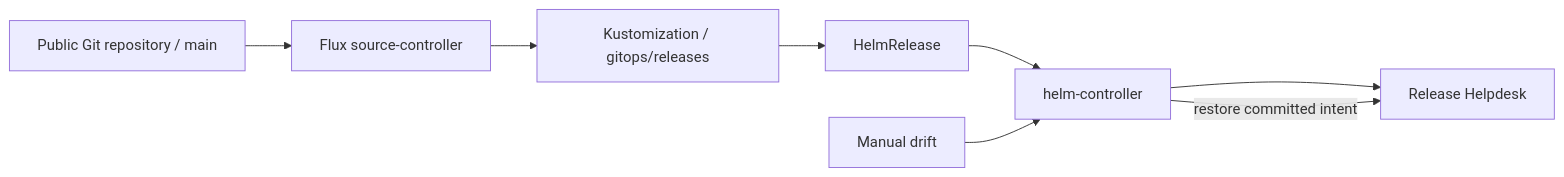
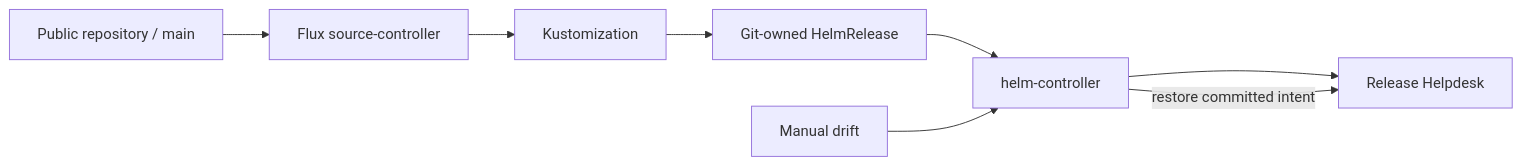
One commit to NoteLegend/devOps-TaskBoard changed the diagram in gitops/README.md. Above: the diagram before and after it, drawn with Mermaid. The commit also changed other lines of this file and 26 other files, not shown here.

````diff
--- a/gitops/README.md
+++ b/gitops/README.md
@@ -5,10 +11,10 @@
 ```mermaid
 flowchart LR
-  Git[Public Git repository / main] --> Source[Flux source-controller]
-  Source --> Kustomize[Kustomization / gitops/releases]
-  Kustomize --> HR[HelmRelease]
-  HR --> Helm[helm-controller]
+  Git[Public repository / main] --> Source[Flux source-controller]
+  Source --> Kustomize[Kustomization]
+  Kustomize --> Desired[Git-owned HelmRelease]
+  Desired --> Helm[helm-controller]
   Helm --> App[Release Helpdesk]
   Drift[Manual drift] --> Helm
   Helm -->|restore committed intent| App
 ```
````
